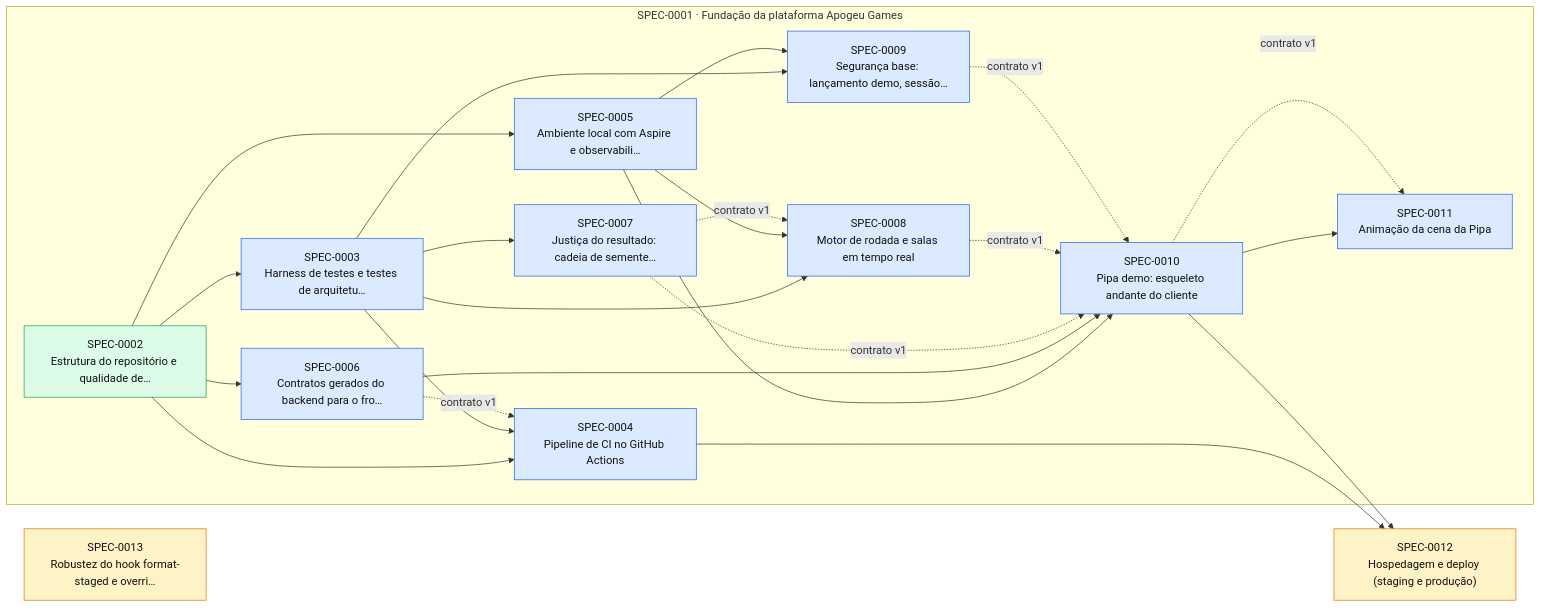
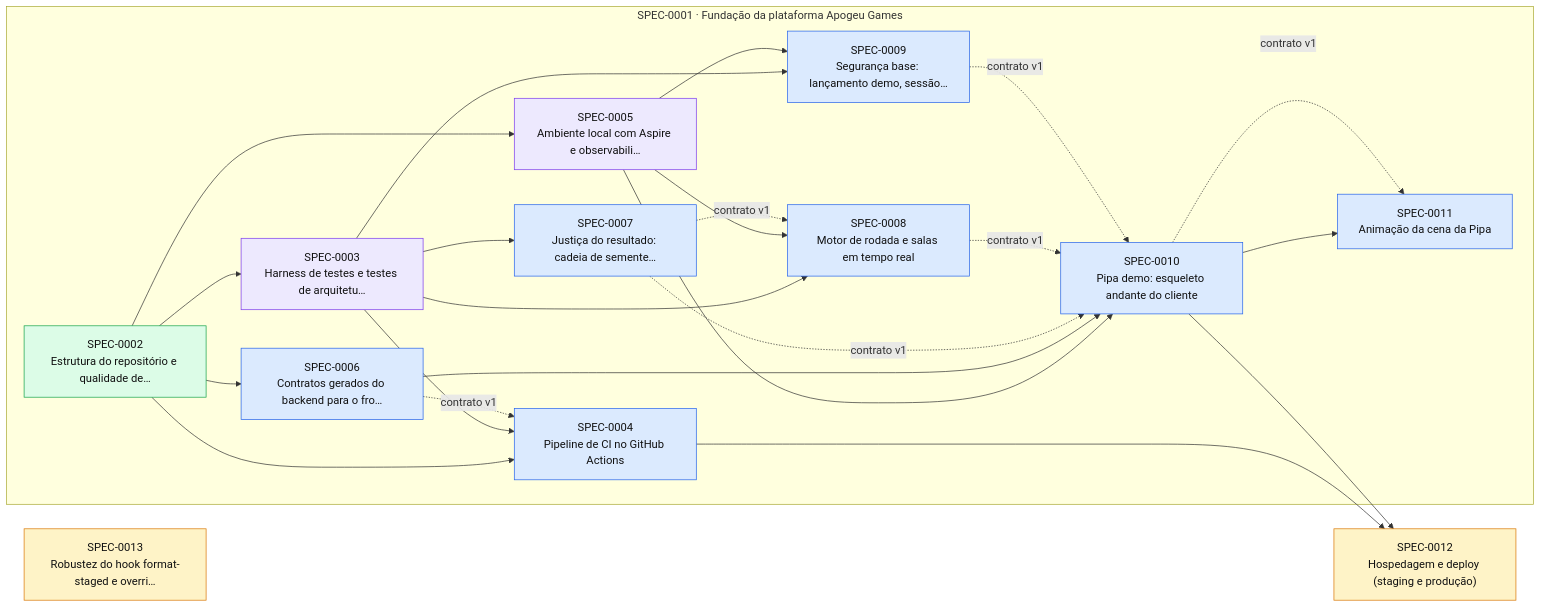
The diagram in docs/specs/INDEX.md (thomasravache/crash-games-provider), drawn with Mermaid before and after one commit. The commit also changed other lines of this file and 4 other files, not shown here.

````diff
--- a/docs/specs/INDEX.md
+++ b/docs/specs/INDEX.md
@@ -70,43 +70,43 @@
 ```mermaid
 flowchart LR
   S0012["SPEC-0012<br/>Hospedagem e deploy (staging e produção)"]:::proposed
   S0013["SPEC-0013<br/>Robustez do hook format-staged e overri…"]:::proposed
   subgraph E0001["SPEC-0001 · Fundação da plataforma Apogeu Games"]
     S0002["SPEC-0002<br/>Estrutura do repositório e qualidade de…"]:::implemented
-    S0003["SPEC-0003<br/>Harness de testes e testes de arquitetu…"]:::approved
+    S0003["SPEC-0003<br/>Harness de testes e testes de arquitetu…"]:::inprogress
     S0004["SPEC-0004<br/>Pipeline de CI no GitHub Actions"]:::approved
-    S0005["SPEC-0005<br/>Ambiente local com Aspire e observabili…"]:::approved
+    S0005["SPEC-0005<br/>Ambiente local com Aspire e observabili…"]:::inprogress
     S0006["SPEC-0006<br/>Contratos gerados do backend para o fro…"]:::approved
     S0007["SPEC-0007<br/>Justiça do resultado: cadeia de semente…"]:::approved
     S0008["SPEC-0008<br/>Motor de rodada e salas em tempo real"]:::approved
     S0009["SPEC-0009<br/>Segurança base: lançamento demo, sessão…"]:::approved
     S0010["SPEC-0010<br/>Pipa demo: esqueleto andante do cliente"]:::approved
     S0011["SPEC-0011<br/>Animação da cena da Pipa"]:::approved
   end
   S0002 --> S0003
   S0002 --> S0004
   S0003 --> S0004
   S0006 -. contrato v1 .-> S0004
   S0002 --> S0005
   S0002 --> S0006
   S0003 --> S0007
   S0003 --> S0008
   S0005 --> S0008
   S0007 -. contrato v1 .-> S0008
   S0003 --> S0009
   S0005 --> S0009
   S0005 --> S0010
   S0006 --> S0010
   S0007 -. contrato v1 .-> S0010
   S0008 -. contrato v1 .-> S0010
   S0009 -. contrato v1 .-> S0010
   S0010 --> S0011
   S0010 -. contrato v1 .-> S0011
   S0004 --> S0012
   S0010 --> S0012
   classDef proposed fill:#fef3c7,stroke:#d97706,color:#111
   classDef approved fill:#dbeafe,stroke:#2563eb,color:#111
   classDef inprogress fill:#ede9fe,stroke:#7c3aed,color:#111
   classDef implemented fill:#dcfce7,stroke:#16a34a,color:#111
   classDef deprecated fill:#f3f4f6,stroke:#9ca3af,color:#6b7280
 ```
````
